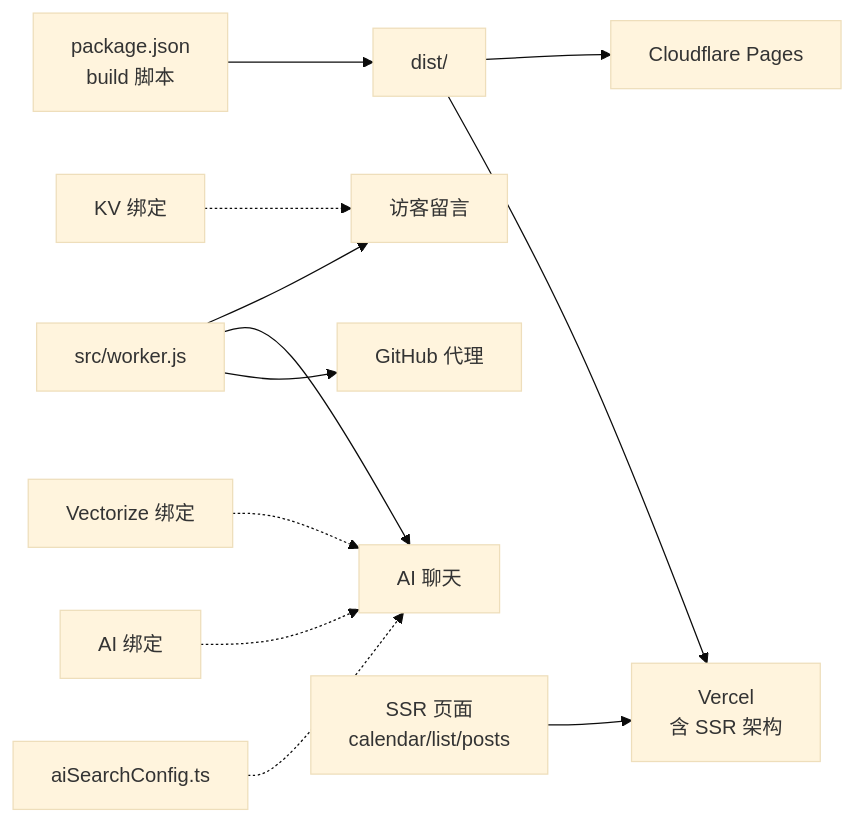
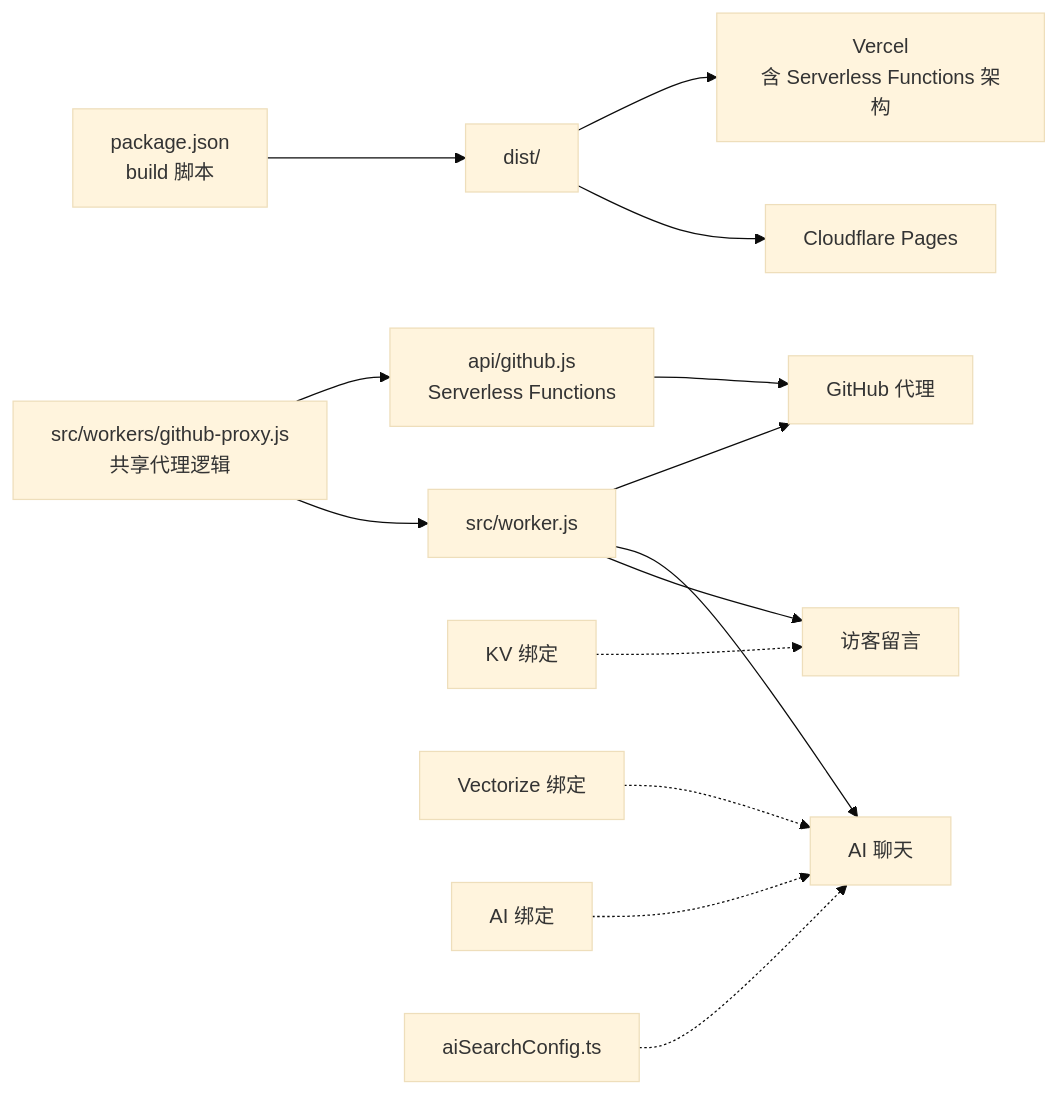
The sixth of 6 diagrams in .qoder/repowiki/zh/content/构建与部署/部署平台配置.md (olx2990684400-sketch/olx-my-blog), drawn with Mermaid (base theme) before and after one commit. The commit also changed other lines of this file and 74 other files, not shown here.

````diff
--- a/.qoder/repowiki/zh/content/构建与部署/部署平台配置.md
+++ b/.qoder/repowiki/zh/content/构建与部署/部署平台配置.md
@@ -319,14 +331,16 @@
 ```mermaid
 graph LR
 Pkg["package.json<br/>build 脚本"] --> Dist["dist/"]
 Dist --> Pages["Cloudflare Pages"]
-Dist --> Vercel["Vercel<br/>含 SSR 架构"]
+Dist --> Vercel["Vercel<br/>含 Serverless Functions 架构"]
 Worker["src/worker.js"] --> GB["访客留言"]
 Worker --> AI["AI 聊天"]
 Worker --> GH["GitHub 代理"]
+Serverless["api/github.js<br/>Serverless Functions"] --> GH
+Shared["src/workers/github-proxy.js<br/>共享代理逻辑"] --> Worker
+Shared --> Serverless
 KV["KV 绑定"] -.-> GB
 Vec["Vectorize 绑定"] -.-> AI
 AIb["AI 绑定"] -.-> AI
 Cfg["aiSearchConfig.ts"] -.-> AI
-SSR["SSR 页面<br/>calendar/list/posts"] --> Vercel
 ```
````
